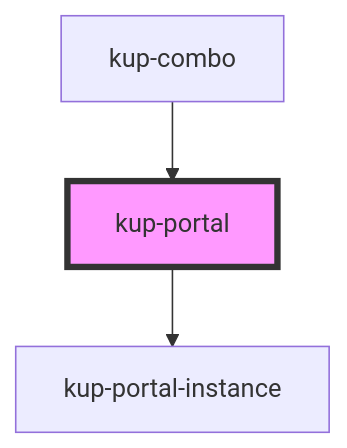
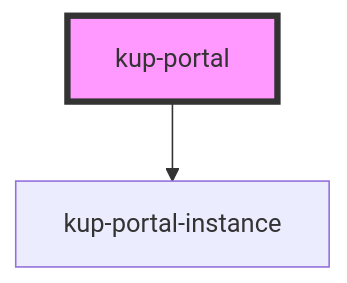
One commit to smeup/ketchup changed the diagram in packages/ketchup/src/components/kup-portal/readme.md. Above: the diagram before and after it, drawn with Mermaid. The commit also changed other lines of this file and 60 other files, not shown here.

````diff
--- a/packages/ketchup/src/components/kup-portal/readme.md
+++ b/packages/ketchup/src/components/kup-portal/readme.md
@@ -133,6 +129,5 @@
 ```mermaid
 graph TD;
   kup-portal --> kup-portal-instance
-  kup-combo --> kup-portal
   style kup-portal fill:#f9f,stroke:#333,stroke-width:4px
 ```
````
